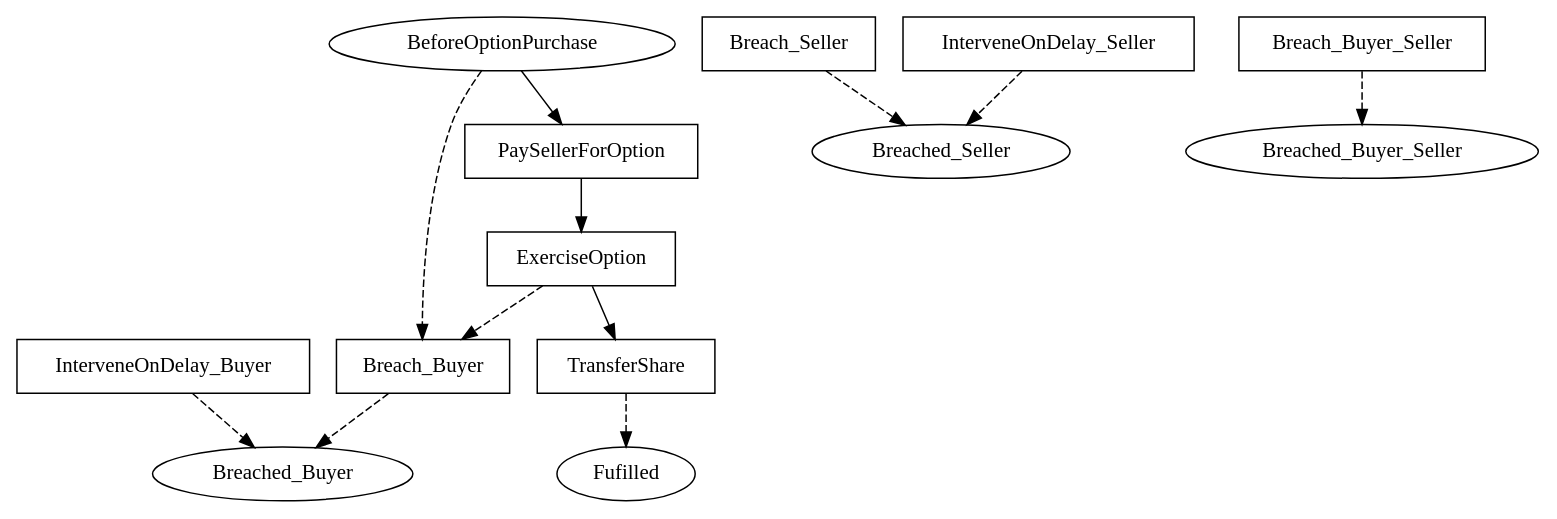
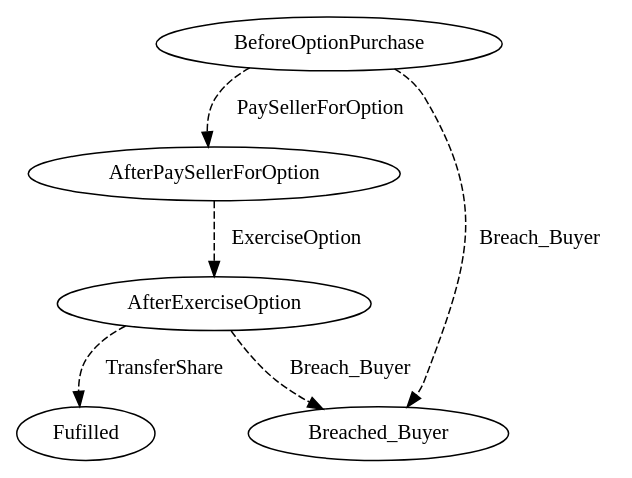
One commit to Marcao02/complaw-deeptech changed the diagram in linear_state_machine_language/pyL4/examples/out_graphviz/from_academic_lit/Farmer_american_call_option_2016.dot. Above: the diagram before and after it, drawn with Graphviz. The commit also changed 46 other files, not shown here.

Commit message:
better flowcharts, full goodenough/flood example

```diff
--- a/linear_state_machine_language/pyL4/examples/out_graphviz/from_academic_lit/Farmer_american_call_option_2016.dot
+++ b/linear_state_machine_language/pyL4/examples/out_graphviz/from_academic_lit/Farmer_american_call_option_2016.dot
@@ -1,37 +1,21 @@
 // THIS IS A GENERATED FILE. DO NOT EDIT.
 
 digraph Farmer_American_call_option_from_A_Formal_Language_for_Writing_Contracts_2016 {    
     Fulfilled[label=Fufilled];
-    BeforeOptionPurchase[label=BeforeOptionPurchase];
-	Breached_Seller[label=Breached_Seller];
-	Breached_Buyer[label=Breached_Buyer];
-	Breached_Buyer_Seller[label=Breached_Buyer_Seller]
+    BeforeOptionPurchase[label=BeforeOptionPurchase]
+        
     
-     
-    PaySellerForOption[label=PaySellerForOption,shape=box];
-	ExerciseOption[label=ExerciseOption,shape=box];
-	TransferShare[label=TransferShare,shape=box];
-	Breach_Seller[label=Breach_Seller,shape=box];
-	Breach_Buyer[label=Breach_Buyer,shape=box];
-	Breach_Buyer_Seller[label=Breach_Buyer_Seller,shape=box];
-	InterveneOnDelay_Buyer[label=InterveneOnDelay_Buyer,shape=box];
-	InterveneOnDelay_Seller[label=InterveneOnDelay_Seller,shape=box]    
+         
     
     
     
-    BeforeOptionPurchase -> PaySellerForOption;
-	BeforeOptionPurchase -> Breach_Buyer [style=dashed];
-	PaySellerForOption -> ExerciseOption;
-	ExerciseOption -> TransferShare;
-	ExerciseOption -> Breach_Buyer [style=dashed]
     
-    TransferShare -> Fulfilled [style=dashed];
-	Breach_Seller -> Breached_Seller [style=dashed];
-	Breach_Buyer -> Breached_Buyer [style=dashed];
-	Breach_Buyer_Seller -> Breached_Buyer_Seller [style=dashed];
-	InterveneOnDelay_Buyer -> Breached_Buyer [style=dashed];
-	InterveneOnDelay_Seller -> Breached_Seller [style=dashed];
+    BeforeOptionPurchase -> AfterPaySellerForOption [style=dashed,label=PaySellerForOption];
+	BeforeOptionPurchase -> Breached_Buyer [style=dashed,label=Breach_Buyer];
+	AfterPaySellerForOption -> AfterExerciseOption [style=dashed,label=ExerciseOption];
+	AfterExerciseOption -> Fulfilled [style=dashed,label=TransferShare];
+	AfterExerciseOption -> Breached_Buyer [style=dashed,label=Breach_Buyer];
 	     
     
        
 }
```
